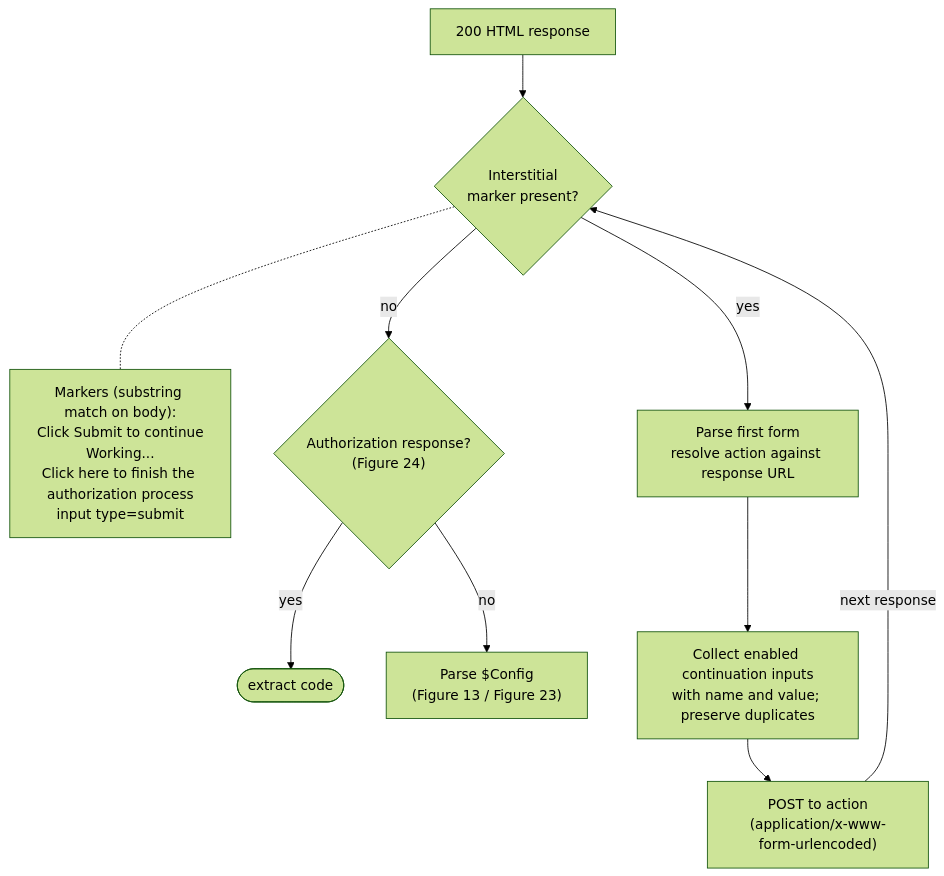
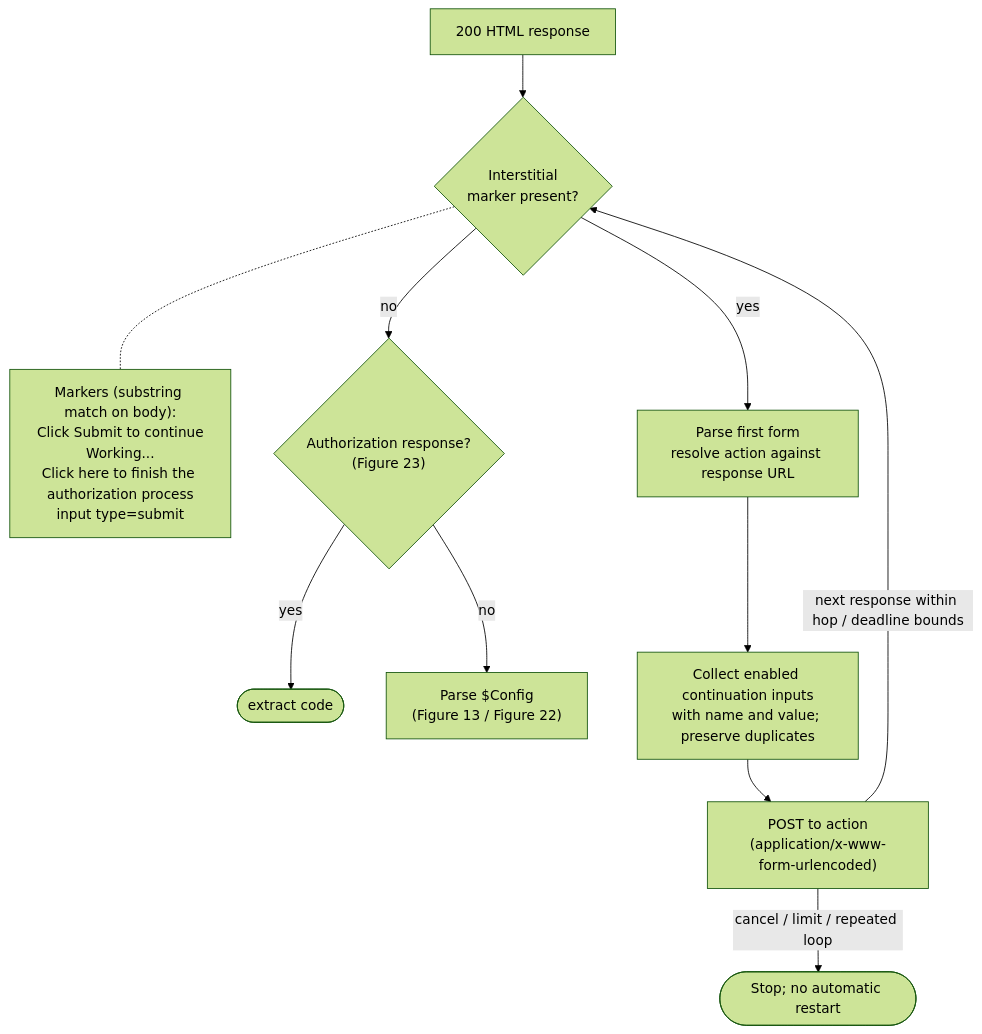
Before and after one commit to himmelblau-idm/ests_spec: the diagram in figures/src/fig-17-autosubmit.mmd, drawn with Mermaid (forest theme). The commit also changed 29 other files, not shown here.

```diff
--- a/figures/src/fig-17-autosubmit.mmd
+++ b/figures/src/fig-17-autosubmit.mmd
@@ -1,10 +1,11 @@
 flowchart TB
   A["200 HTML response"] --> B{"Interstitial<br/>marker present?"}
   B -.- MK["Markers (substring match on body):<br/>Click Submit to continue<br/>Working...<br/>Click here to finish the authorization process<br/>input type=submit"]
-  B -->|no| C{"Authorization response?<br/>(Figure 24)"}
+  B -->|no| C{"Authorization response?<br/>(Figure 23)"}
   C -->|yes| T(["extract code"])
-  C -->|no| P["Parse $Config<br/>(Figure 13 / Figure 23)"]
+  C -->|no| P["Parse $Config<br/>(Figure 13 / Figure 22)"]
   B -->|yes| D["Parse first form<br/>resolve action against response URL"]
   D --> E["Collect enabled continuation inputs<br/>with name and value; preserve duplicates"]
   E --> F["POST to action<br/>(application/x-www-form-urlencoded)"]
-  F -->|"next response"| B
+  F -->|"next response within hop / deadline bounds"| B
+  F -->|"cancel / limit / repeated loop"| X(["Stop; no automatic restart"])
```
